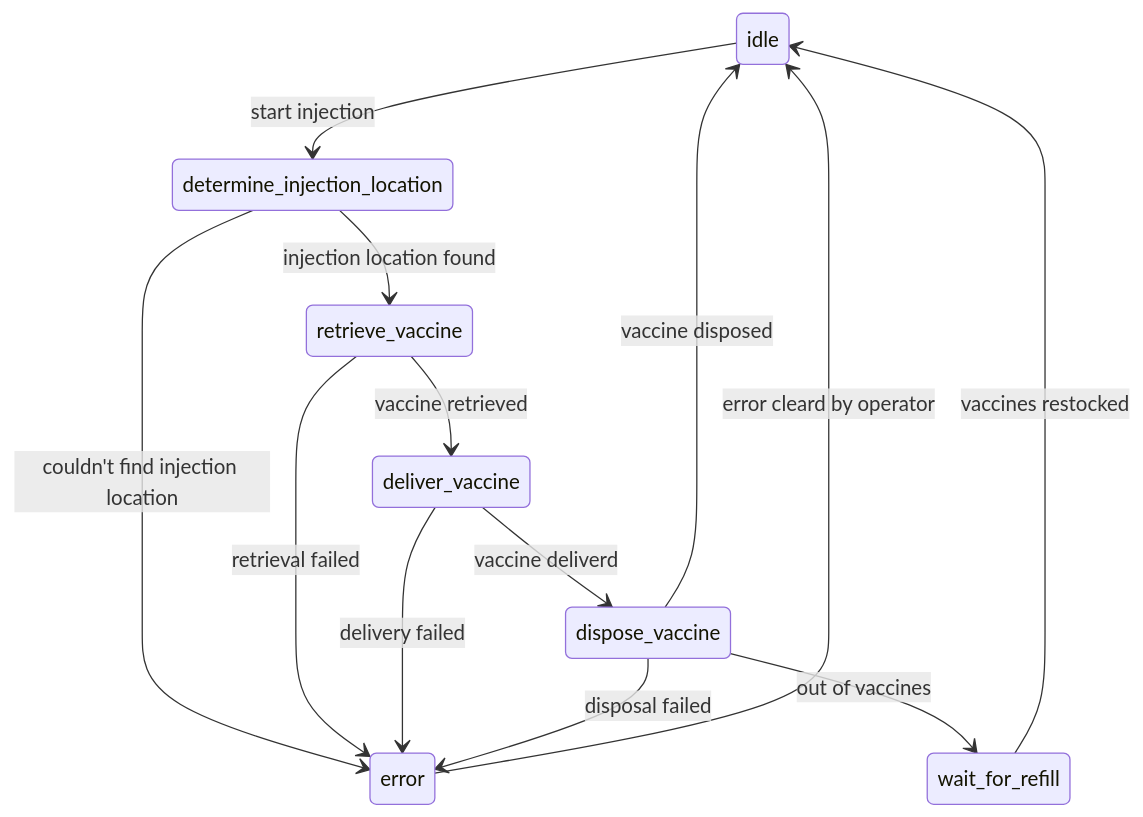
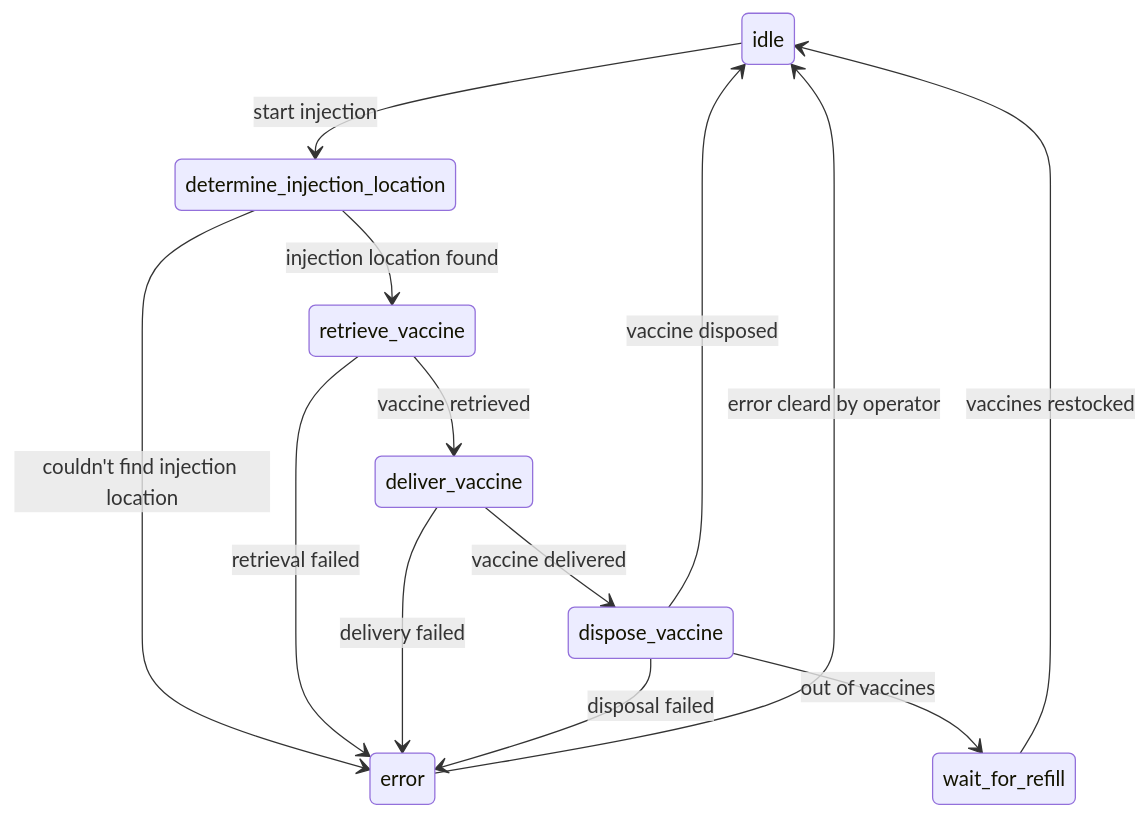
One commit to aviFischer/vaccine-robot-state-management changed the diagram in README.md. Above: the diagram before and after it, drawn with Mermaid. The commit also changed 11 other files, not shown here.

````diff
--- a/README.md
+++ b/README.md
@@ -18,15 +18,15 @@
 ```mermaid
 stateDiagram-v2
     idle-->determine_injection_location: start injection
     determine_injection_location-->retrieve_vaccine: injection location found
     retrieve_vaccine-->deliver_vaccine: vaccine retrieved
-    deliver_vaccine-->dispose_vaccine: vaccine deliverd
+    deliver_vaccine-->dispose_vaccine: vaccine delivered
     dispose_vaccine-->idle: vaccine disposed
     determine_injection_location-->error: couldn't find injection location
     retrieve_vaccine-->error: retrieval failed
     deliver_vaccine-->error: delivery failed
     dispose_vaccine-->error: disposal failed
     dispose_vaccine-->wait_for_refill: out of vaccines
     wait_for_refill-->idle: vaccines restocked
     error-->idle: error cleard by operator
 ```
````
